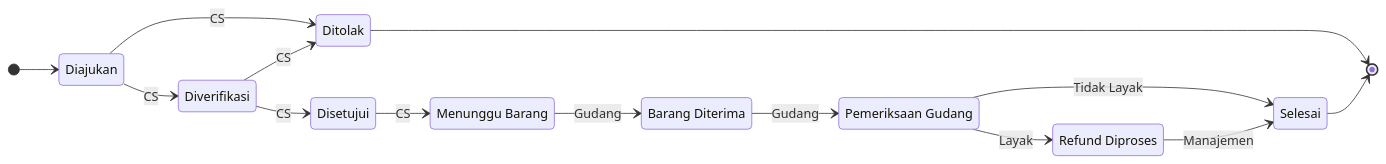
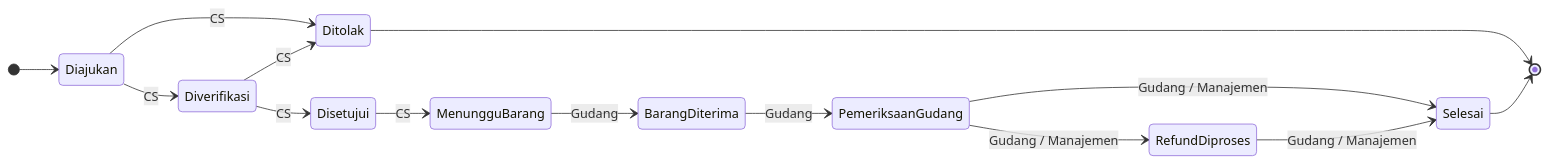
Before and after one commit to Chaerulcp/crm-retur: the diagram in README.md, drawn with Mermaid. The commit also changed other lines of this file and 5 other files, not shown here.

````diff
--- a/README.md
+++ b/README.md
@@ -69,22 +80,17 @@
 ```mermaid
 stateDiagram-v2
     direction LR
     [*] --> Diajukan
     Diajukan --> Diverifikasi : CS
     Diajukan --> Ditolak : CS
     Diverifikasi --> Disetujui : CS
     Diverifikasi --> Ditolak : CS
     Disetujui --> MenungguBarang : CS
     MenungguBarang --> BarangDiterima : Gudang
     BarangDiterima --> PemeriksaanGudang : Gudang
-    PemeriksaanGudang --> RefundDiproses : Layak
-    PemeriksaanGudang --> Selesai : Tidak Layak
-    RefundDiproses --> Selesai : Manajemen
+    PemeriksaanGudang --> RefundDiproses : Gudang / Manajemen
+    PemeriksaanGudang --> Selesai : Gudang / Manajemen
+    RefundDiproses --> Selesai : Gudang / Manajemen
     Ditolak --> [*]
     Selesai --> [*]
-
-    MenungguBarang : Menunggu Barang
-    BarangDiterima : Barang Diterima
-    PemeriksaanGudang : Pemeriksaan Gudang
-    RefundDiproses : Refund Diproses
 ```
````
